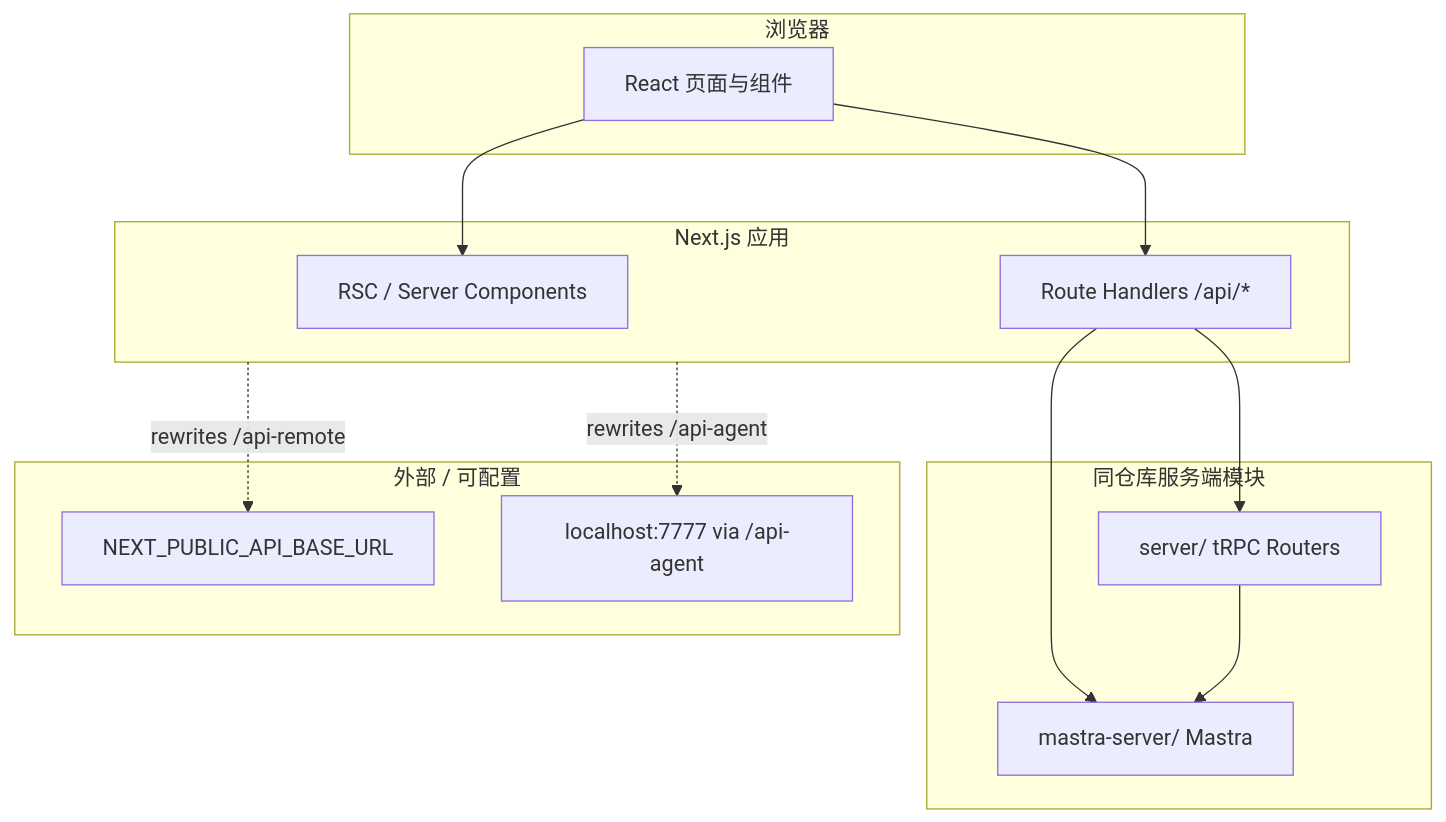
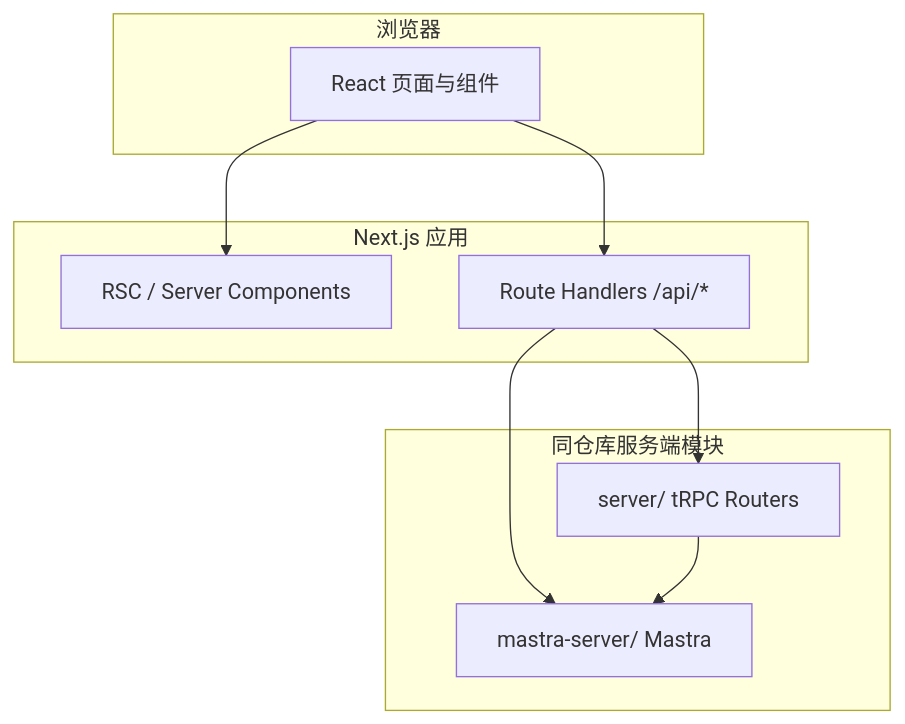
Before and after one commit to marvin-season/landing-page: the diagram in docs/architecture.md, drawn with Mermaid. The commit also changed other lines of this file and 5 other files, not shown here.

First line of the commit message:
chore: remove unused API proxy rewrites

````diff
--- a/docs/architecture.md
+++ b/docs/architecture.md
@@ -15,25 +15,19 @@
 ```mermaid
 flowchart TB
   subgraph browser [浏览器]
     UI[React 页面与组件]
   end
   subgraph next [Next.js 应用]
     RSC[RSC / Server Components]
     API[Route Handlers /api/*]
     UI --> RSC
     UI --> API
   end
   subgraph server_code [同仓库服务端模块]
     TRPC[server/ tRPC Routers]
     MASTRA[mastra-server/ Mastra]
   end
   API --> TRPC
   API --> MASTRA
   TRPC --> MASTRA
-  subgraph external [外部 / 可配置]
-    REMOTE[NEXT_PUBLIC_API_BASE_URL]
-    AGENT_SVC[localhost:7777 via /api-agent]
-  end
-  next -.->|rewrites /api-remote| REMOTE
-  next -.->|rewrites /api-agent| AGENT_SVC
 ```
````
